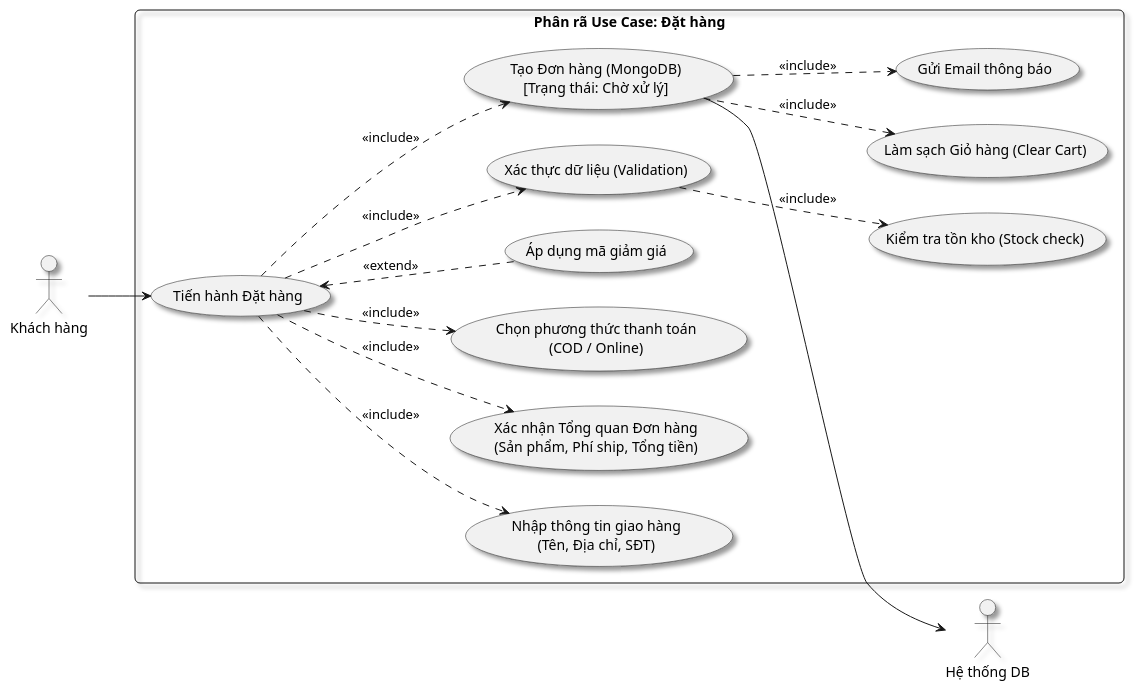
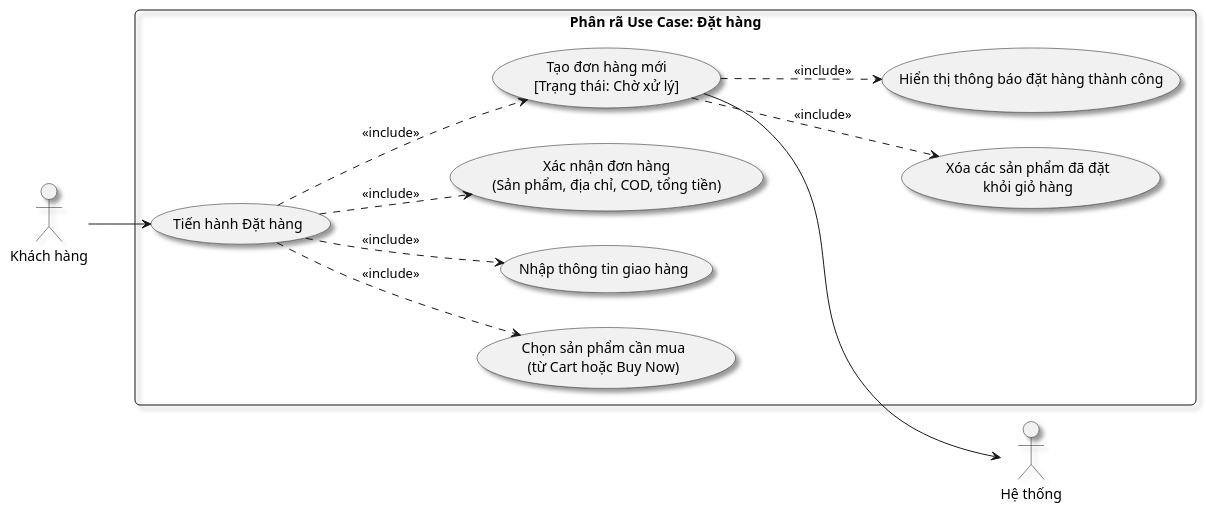
Before and after one commit to duong-van-ngoc/Ecommerce_MERN: the diagram in report/usecase_phan_ra_dat_hang.md, drawn with PlantUML. The commit also changed other lines of this file and 17 other files, not shown here.

Commit message:
feat: thanh toán vn pay

````diff
--- a/report/usecase_phan_ra_dat_hang.md
+++ b/report/usecase_phan_ra_dat_hang.md
@@ -8,50 +8,33 @@
 ```puml
 @startuml
 left to right direction
 skinparam packageStyle rectangle
 skinparam roundCorner 10
 skinparam Shadowing true
 
 actor "Khách hàng" as User
-actor "Hệ thống DB" as System
+actor "Hệ thống" as System
 
 rectangle "Phân rã Use Case: Đặt hàng" {
   usecase "Tiến hành Đặt hàng" as Main
-  
-  ' Các bước nhập liệu
-  usecase "Nhập thông tin giao hàng\n(Tên, Địa chỉ, SĐT)" as InputInfo
-  usecase "Xác nhận Tổng quan Đơn hàng\n(Sản phẩm, Phí ship, Tổng tiền)" as Confirm
-  usecase "Chọn phương thức thanh toán\n(COD / Online)" as PaymentMethod
-  
-  ' Các bước kiểm tra & xử lý
-  usecase "Kiểm tra tồn kho (Stock check)" as CheckStock
-  usecase "Áp dụng mã giảm giá" as Coupon
-  usecase "Xác thực dữ liệu (Validation)" as Validate
-  
-  ' Logic hệ thống
-  usecase "Tạo Đơn hàng (MongoDB)\n[Trạng thái: Chờ xử lý]" as CreateOrder
-  usecase "Làm sạch Giỏ hàng (Clear Cart)" as ClearCart
-  usecase "Gửi Email thông báo" as SendMail
+
+  usecase "Chọn sản phẩm cần mua\n(từ Cart hoặc Buy Now)" as SelectItems
+  usecase "Nhập thông tin giao hàng" as Shipping
+  usecase "Xác nhận đơn hàng\n(Sản phẩm, địa chỉ, COD, tổng tiền)" as Confirm
+  usecase "Tạo đơn hàng mới\n[Trạng thái: Chờ xử lý]" as CreateOrder
+  usecase "Xóa các sản phẩm đã đặt\nkhỏi giỏ hàng" as RemoveOrderedItems
+  usecase "Hiển thị thông báo đặt hàng thành công" as ShowSuccess
 }
 
 User --> Main
 
-' Luồng bao gồm (Include)
-Main ..> InputInfo : <<include>>
+Main ..> SelectItems : <<include>>
+Main ..> Shipping : <<include>>
 Main ..> Confirm : <<include>>
-Main ..> PaymentMethod : <<include>>
-Main ..> Validate : <<include>>
 Main ..> CreateOrder : <<include>>
+CreateOrder ..> RemoveOrderedItems : <<include>>
+CreateOrder ..> ShowSuccess : <<include>>
 
-' Luồng mở rộng (Extend)
-Main <.. Coupon : <<extend>>
-CreateOrder ..> ClearCart : <<include>>
-CreateOrder ..> SendMail : <<include>>
-
-' Kiểm tra logic
-Validate ..> CheckStock : <<include>>
-
-' Tương tác Actor
 CreateOrder --> System
 @enduml
 ```
````
